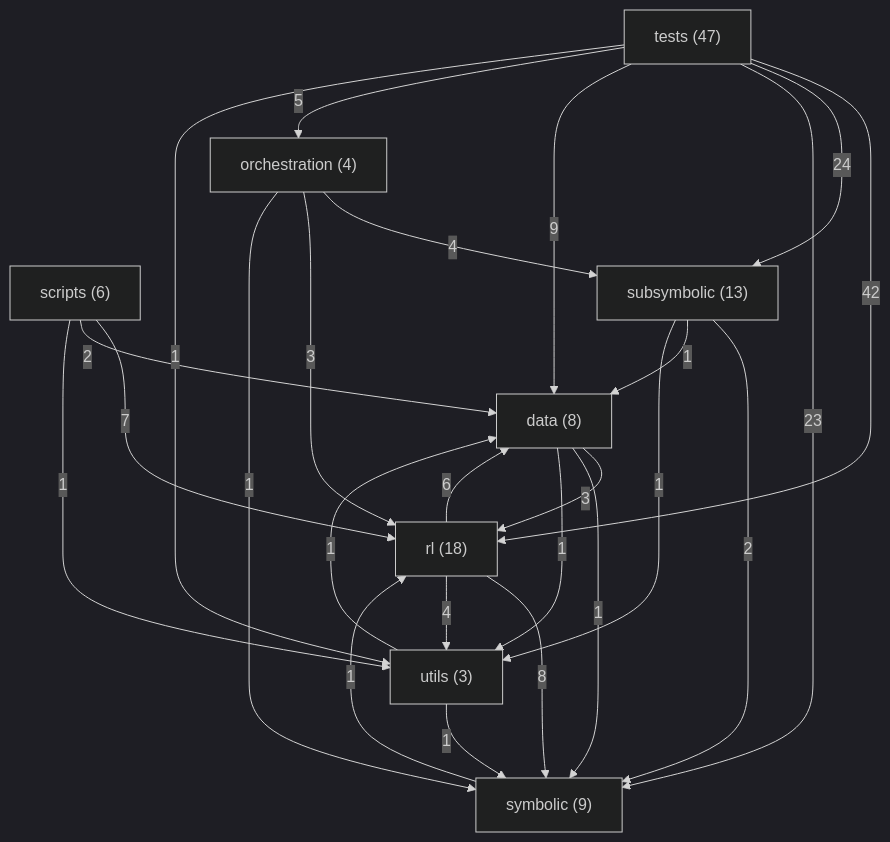
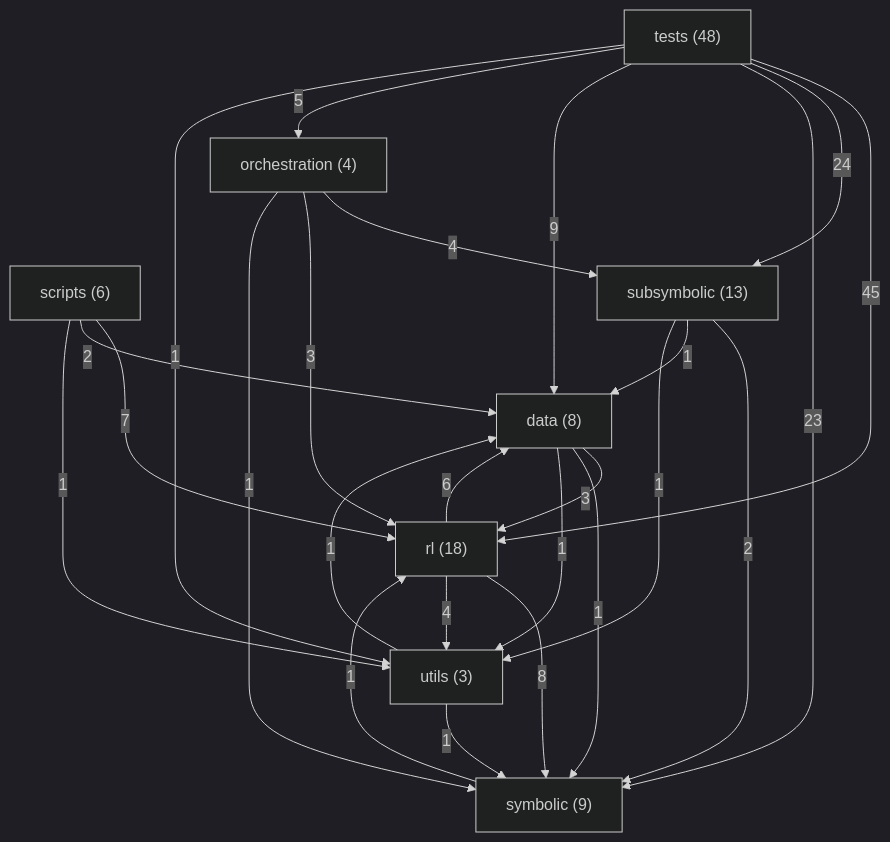
The diagram in ARCHITECTURE.md (danrd/ARC-AGI), drawn with Mermaid (dark theme) before and after one commit. The commit also changed other lines of this file and 4 other files, not shown here.

````diff
--- a/ARCHITECTURE.md
+++ b/ARCHITECTURE.md
@@ -127,35 +127,35 @@
 ```mermaid
 graph TD
   data["data (8)"]
   orchestration["orchestration (4)"]
   rl["rl (18)"]
   scripts["scripts (6)"]
   subsymbolic["subsymbolic (13)"]
   symbolic["symbolic (9)"]
-  tests["tests (47)"]
+  tests["tests (48)"]
   utils["utils (3)"]
-  tests -->|42| rl
+  tests -->|45| rl
   tests -->|24| subsymbolic
   tests -->|23| symbolic
   tests -->|9| data
   rl -->|8| symbolic
   scripts -->|7| rl
   rl -->|6| data
   tests -->|5| orchestration
   orchestration -->|4| subsymbolic
   rl -->|4| utils
   data -->|3| rl
   orchestration -->|3| rl
   scripts -->|2| data
   subsymbolic -->|2| symbolic
   data -->|1| symbolic
   data -->|1| utils
   orchestration -->|1| symbolic
   scripts -->|1| utils
   subsymbolic -->|1| data
   subsymbolic -->|1| utils
   symbolic -->|1| rl
   tests -->|1| utils
   utils -->|1| data
   utils -->|1| symbolic
 ```
````
